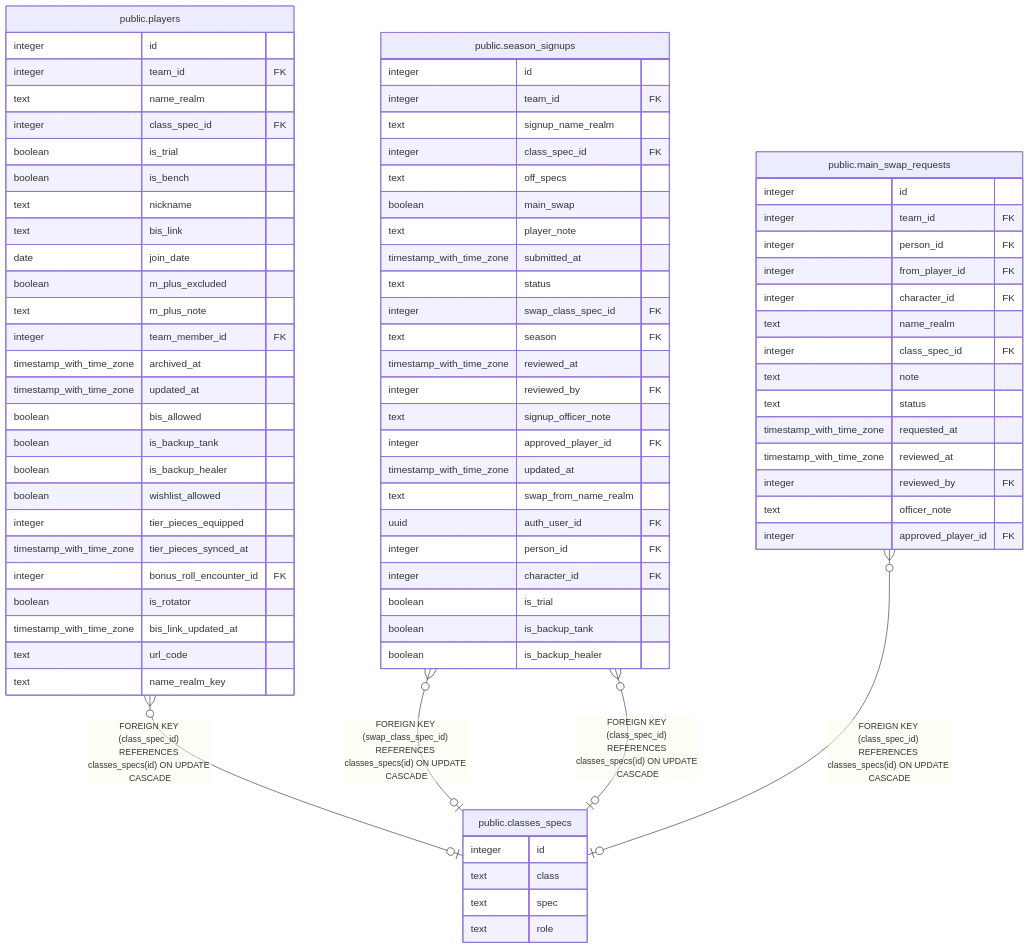
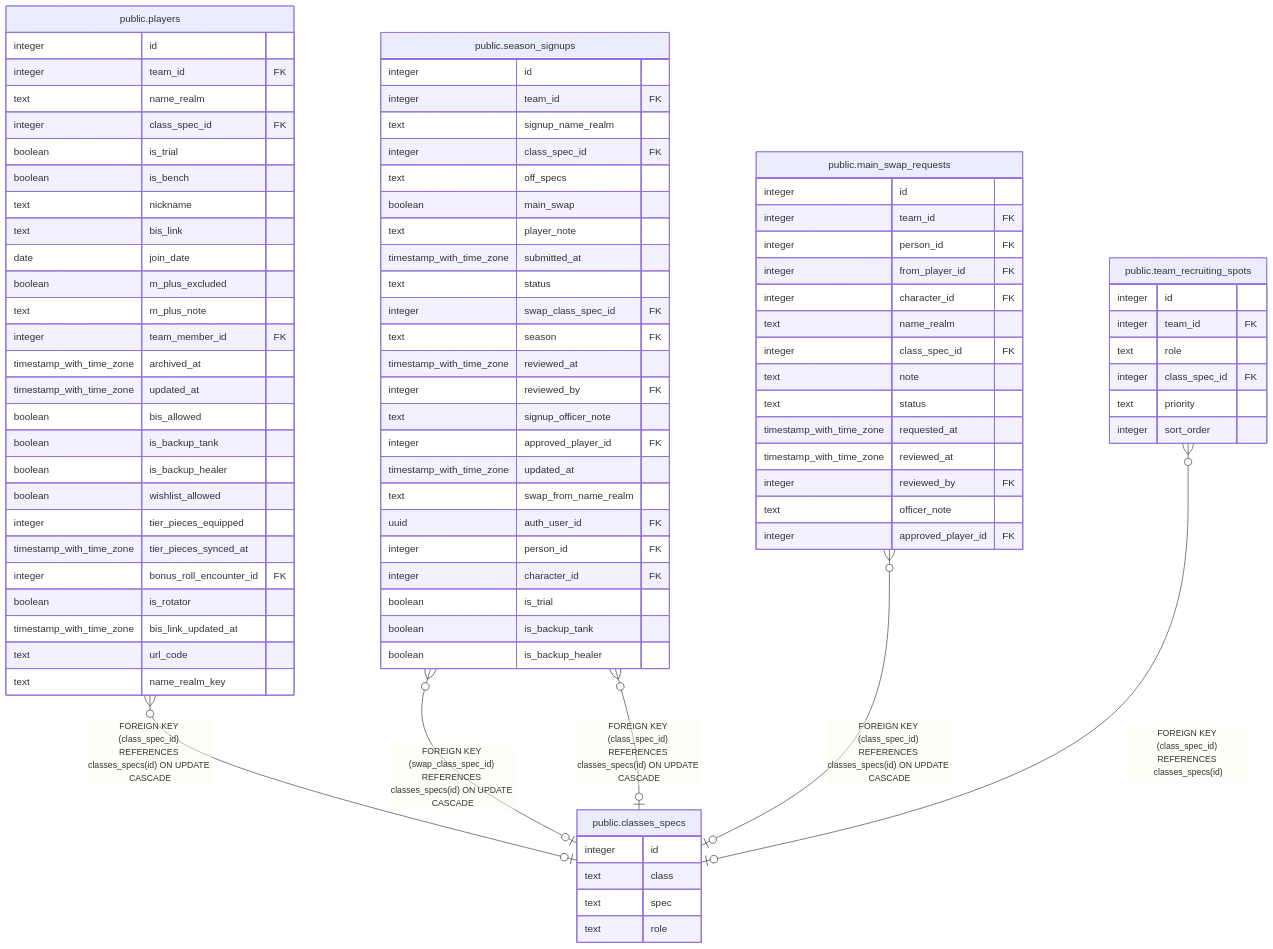
The diagram in dbdoc/public.classes_specs.md (katogaming88/WGA-Raid-Hub), drawn with Mermaid before and after one commit. The commit also changed other lines of this file and 29 other files, not shown here.

First line of the commit message:
#1535: each team's recruiting settings and open spots

````diff
--- a/dbdoc/public.classes_specs.md
+++ b/dbdoc/public.classes_specs.md
@@ -35,6 +35,7 @@
 "public.season_signups" }o--o| "public.classes_specs" : "FOREIGN KEY (swap_class_spec_id) REFERENCES classes_specs(id) ON UPDATE CASCADE"
 "public.season_signups" }o--o| "public.classes_specs" : "FOREIGN KEY (class_spec_id) REFERENCES classes_specs(id) ON UPDATE CASCADE"
 "public.main_swap_requests" }o--o| "public.classes_specs" : "FOREIGN KEY (class_spec_id) REFERENCES classes_specs(id) ON UPDATE CASCADE"
+"public.team_recruiting_spots" }o--o| "public.classes_specs" : "FOREIGN KEY (class_spec_id) REFERENCES classes_specs(id)"
 
 "public.classes_specs" {
   integer id
@@ -110,4 +111,12 @@
   text officer_note
   integer approved_player_id FK
 }
+"public.team_recruiting_spots" {
+  integer id
+  integer team_id FK
+  text role
+  integer class_spec_id FK
+  text priority
+  integer sort_order
+}
 ```
````
